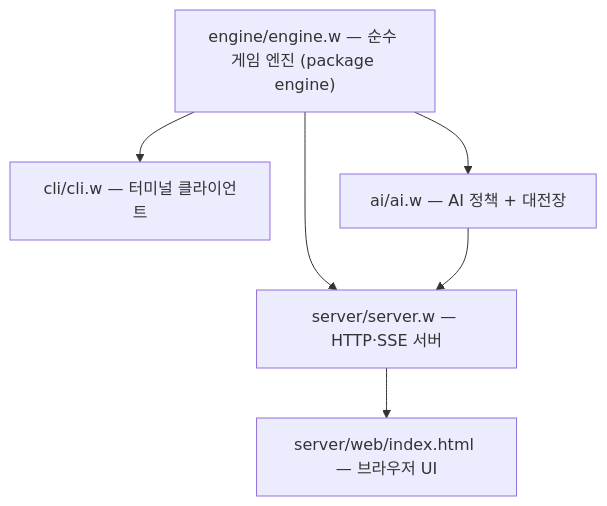
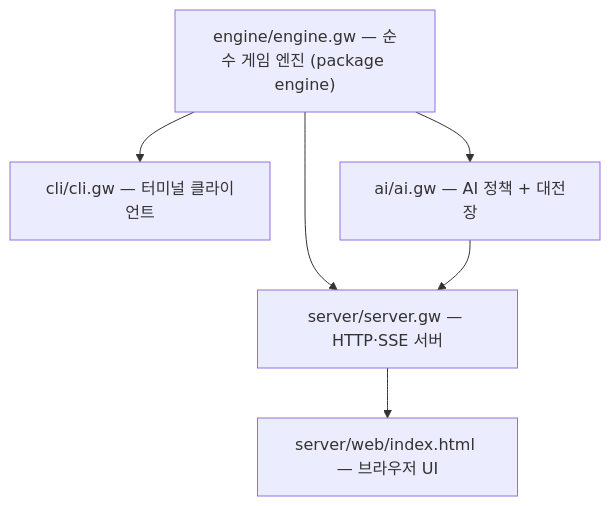
The diagram in README.md (sjnam/bohnanza), drawn with Mermaid before and after one commit. The commit also changed other lines of this file and 14 other files, not shown here.

````diff
--- a/README.md
+++ b/README.md
@@ -35,9 +35,9 @@
 ```mermaid
 graph TD
-  E["engine/engine.w — 순수 게임 엔진 (package engine)"]
-  E --> C["cli/cli.w — 터미널 클라이언트"]
-  E --> B["ai/ai.w — AI 정책 + 대전장"]
-  E --> S["server/server.w — HTTP·SSE 서버"]
+  E["engine/engine.gw — 순수 게임 엔진 (package engine)"]
+  E --> C["cli/cli.gw — 터미널 클라이언트"]
+  E --> B["ai/ai.gw — AI 정책 + 대전장"]
+  E --> S["server/server.gw — HTTP·SSE 서버"]
   B --> S
   S --> W["server/web/index.html — 브라우저 UI"]
 ```
````
